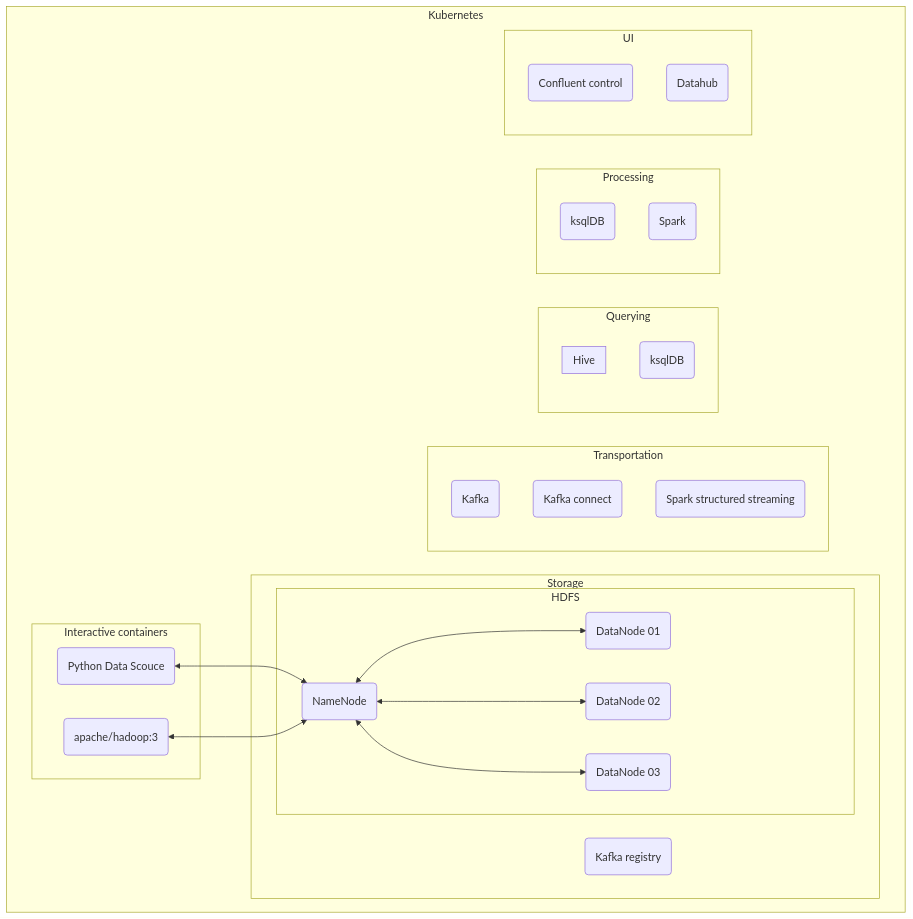
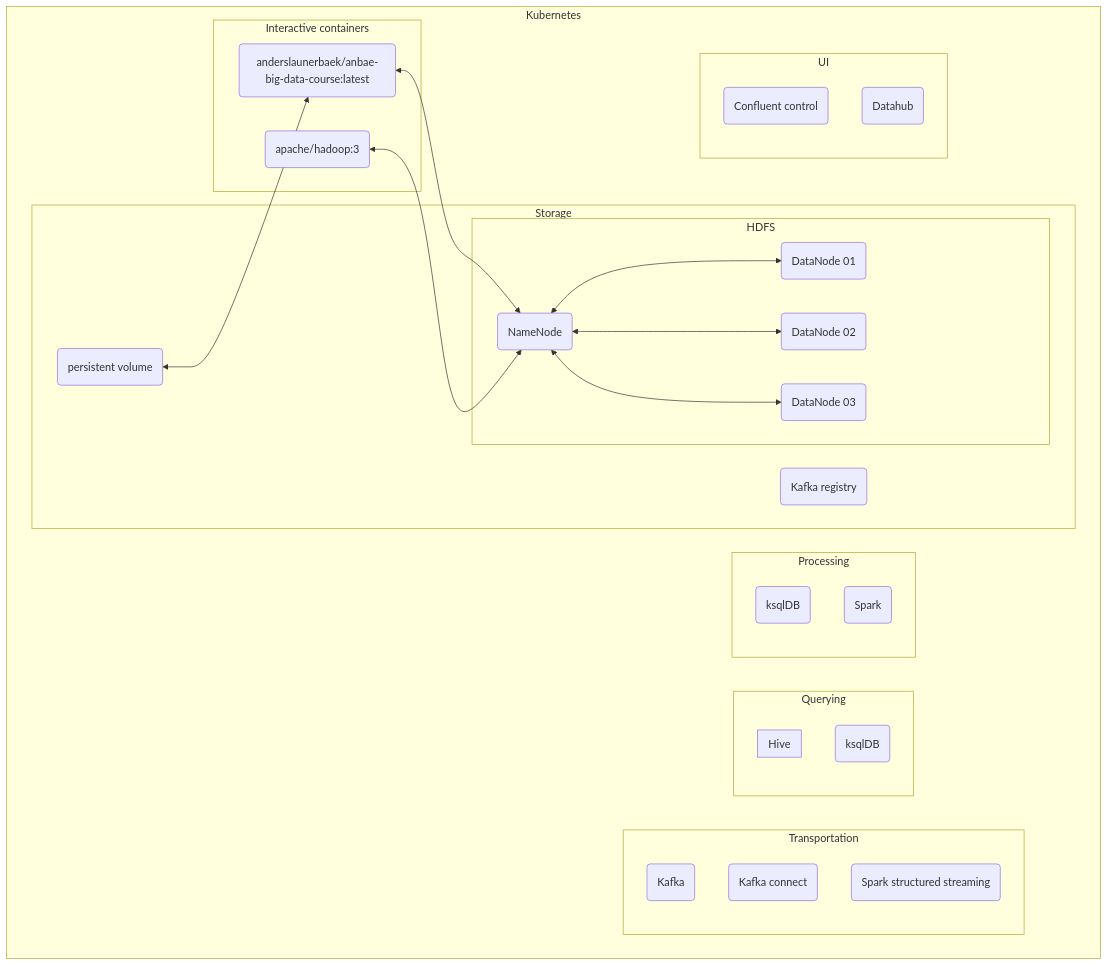
Before and after one commit to jakobhviid/BigDataCourseExercises: the diagram in README.md, drawn with Mermaid.

Commit message:
updated graph

````diff
--- a/README.md
+++ b/README.md
@@ -17,50 +17,52 @@
 ```mermaid
 graph
 
 subgraph Kubernetes
     subgraph Storage 
+        pvolume(persistent volume)
     
         subgraph HDFS
             namenode(NameNode)
             datanode01(DataNode 01)
             datanode02(DataNode 02)
             datanode03(DataNode 03)
             namenode <--> datanode01 & datanode02 & datanode03
         end
         registry(Kafka registry)
     end
 
     subgraph Transportation
         transkafka(Kafka)
         transconnect(Kafka connect)
         transspark(Spark structured streaming)
     end
     subgraph Interactive containers
-        ubuntupy(Python Data Scouce)
+        ubuntupy(anderslaunerbaek/anbae-big-data-course:latest)
         apachehadoop(apache/hadoop:3)
     end
     
     subgraph Querying
         subgraph Hive
         end
         queryksqldb(ksqlDB)
     end
     
     
     subgraph Processing
         processksqldb(ksqlDB)
         processspark(Spark)
     end
 
 
     subgraph UI
         uiconcontrol(Confluent control)
         uidatahub(Datahub)
     end
 
 ubuntupy & apachehadoop <--> namenode
+pvolume <--> ubuntupy
 
 end
 
 
 ```
````
